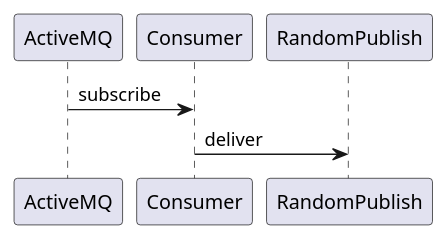
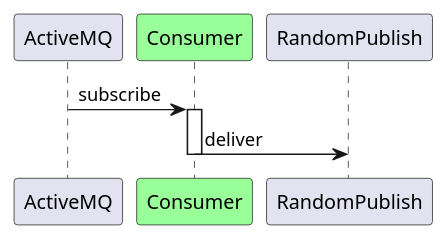
Before and after one commit to yurake/k8s-3tier-webapp: the diagram in docs/uml/consumer-activemq-quarkus.pu, drawn with PlantUML. The commit also changed 22 other files, not shown here.

```diff
--- a/docs/uml/consumer-activemq-quarkus.pu
+++ b/docs/uml/consumer-activemq-quarkus.pu
@@ -1,4 +1,8 @@
 @startuml consumer-activemq-quarkus
+participant ActiveMQ
+participant Consumer as Consumer #99FF99
 ActiveMQ -> Consumer: subscribe
+activate Consumer
 Consumer -> RandomPublish: deliver
+deactivate Consumer
 @enduml
```
